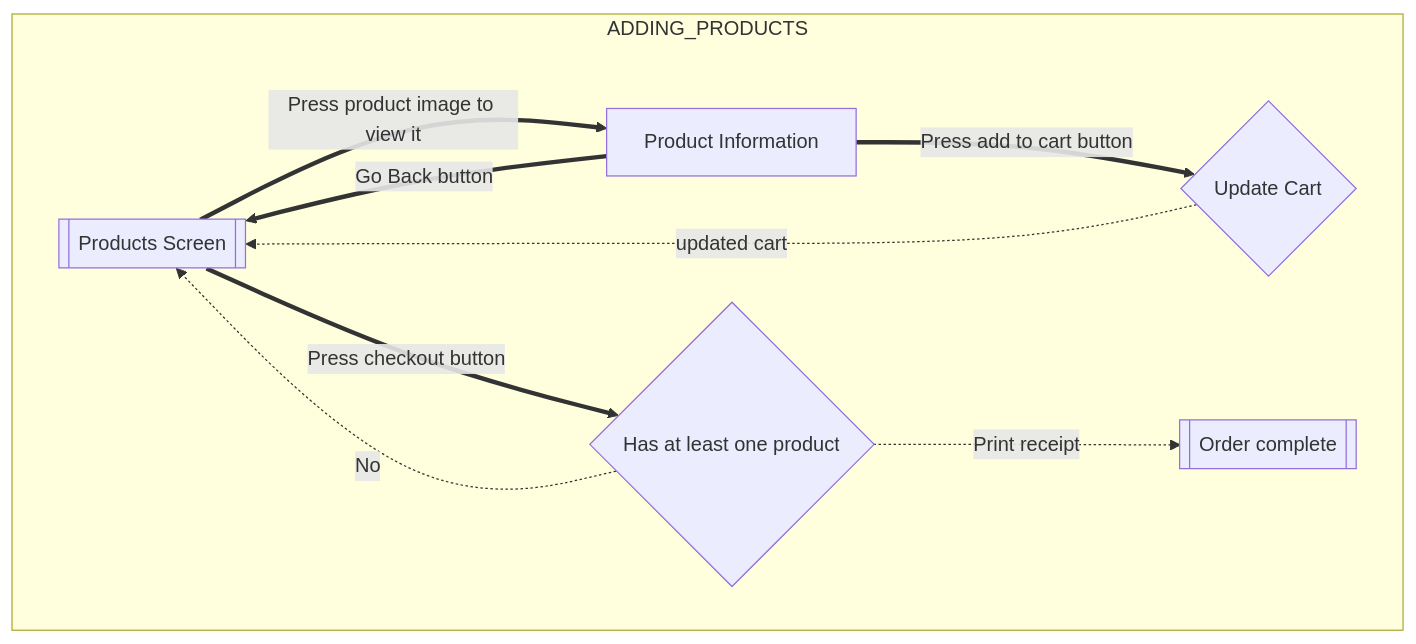
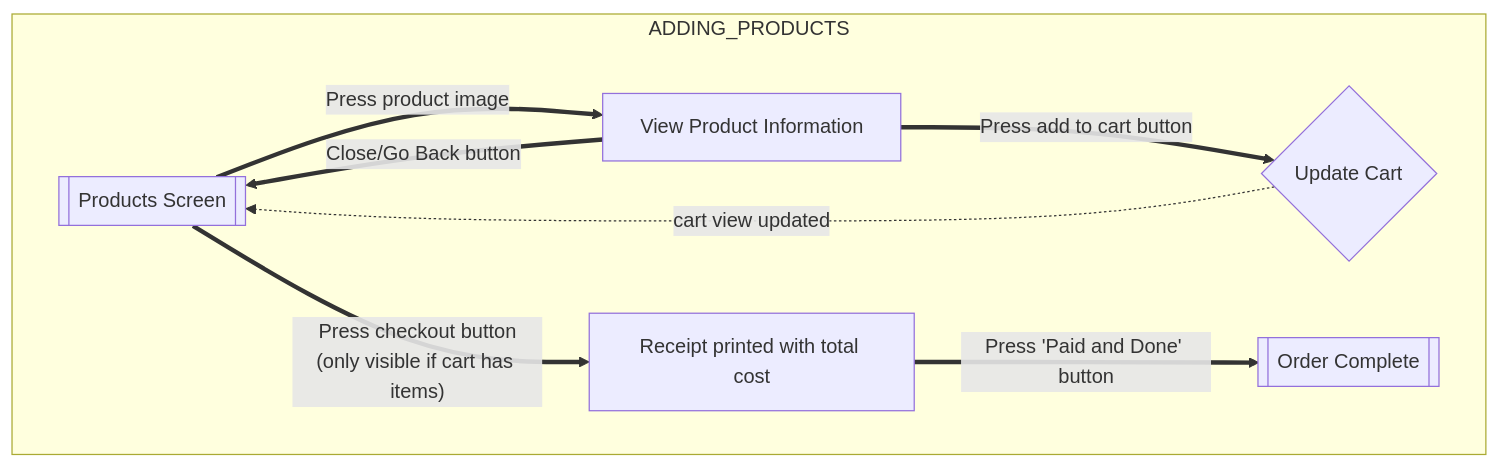
Before and after one commit to andre4352323/2452-pos: the diagram in flows.md, drawn with Mermaid. The commit also changed 2 other files, not shown here.

Commit message:
completed phase 1 and submitted

```diff
--- a/flows.md
+++ b/flows.md
@@ -13,20 +13,20 @@
 :::mermaid
 flowchart
 
     subgraph ADDING_PRODUCTS
 
         start[[Products Screen]]
 
-        start == Press checkout button ==> validCart{Has at least one product}
-        start == Press product image to view it ==> productView
-        productView[Product Information] == Press add to cart button ==> updateCart{Update Cart}
-        updateCart -. updated cart .-> start
-        productView == Go Back button ==> start
-    
-        validCart -. Print receipt .-> complete
-        validCart -. No .-> start
-       
-        complete[[Order complete]]        
+        start == Press product image ==> productView[View Product Information]
+        
+        productView == Press add to cart button ==> updateCart{Update Cart}
+        updateCart -. cart view updated .-> start
+        
+        productView == Close/Go Back button ==> start
+        
+        start == Press checkout button<br/>(only visible if cart has items) ==> receipt[Receipt printed with total cost]
+        
+        receipt == Press 'Paid and Done' button ==> complete[[Order Complete]]
     
     end
 :::
```
